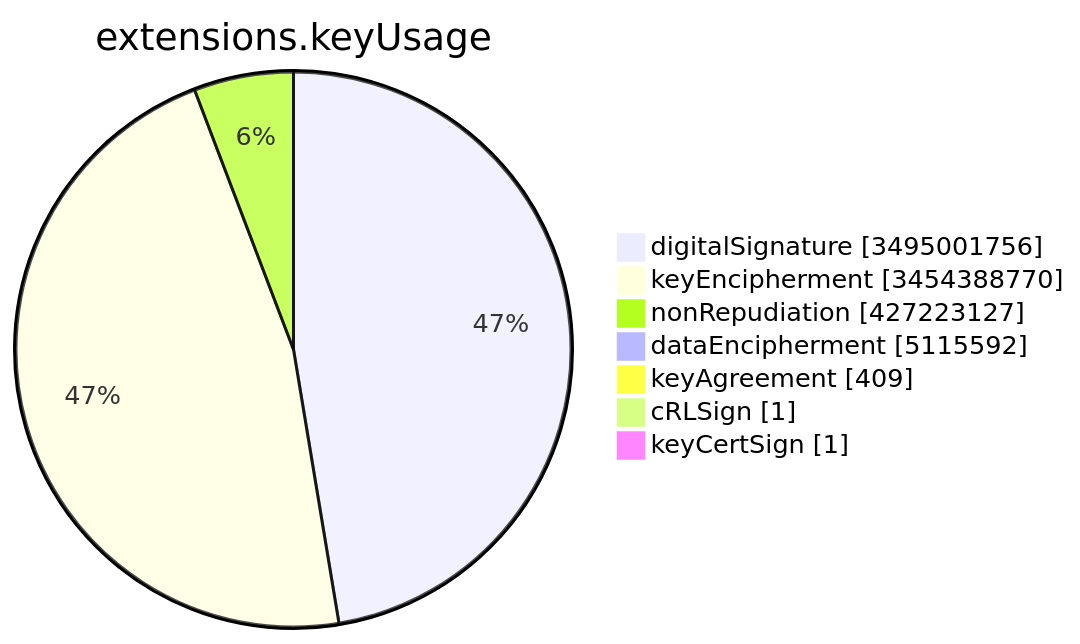
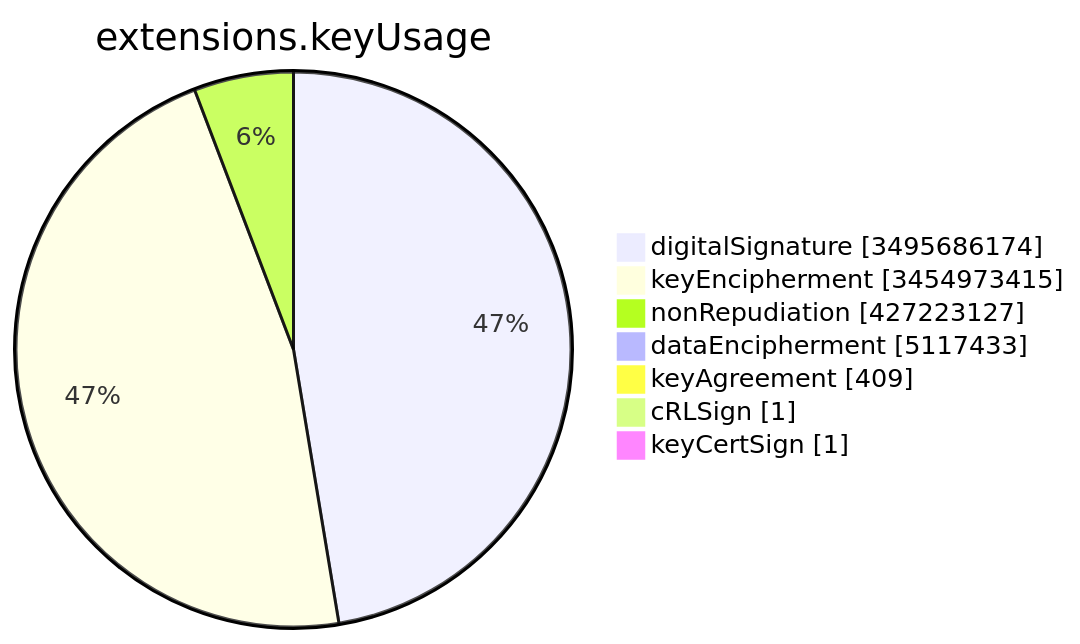
Before and after one commit to christiankrug/ctmonitor_visualization: the sixth of 15 diagrams in TOTAL/README.md, drawn with Mermaid. The commit also changed other lines of this file, not shown here.

````diff
--- a/TOTAL/README.md
+++ b/TOTAL/README.md
@@ -3083,11 +3083,11 @@
 ```mermaid
 pie showData
 title extensions.keyUsage
-"digitalSignature" :3495001756
-"keyEncipherment" :3454388770
+"digitalSignature" :3495686174
+"keyEncipherment" :3454973415
 "nonRepudiation" :427223127
-"dataEncipherment" :5115592
+"dataEncipherment" :5117433
 "keyAgreement" :409
 "cRLSign" :1
 "keyCertSign" :1
 ```
````
